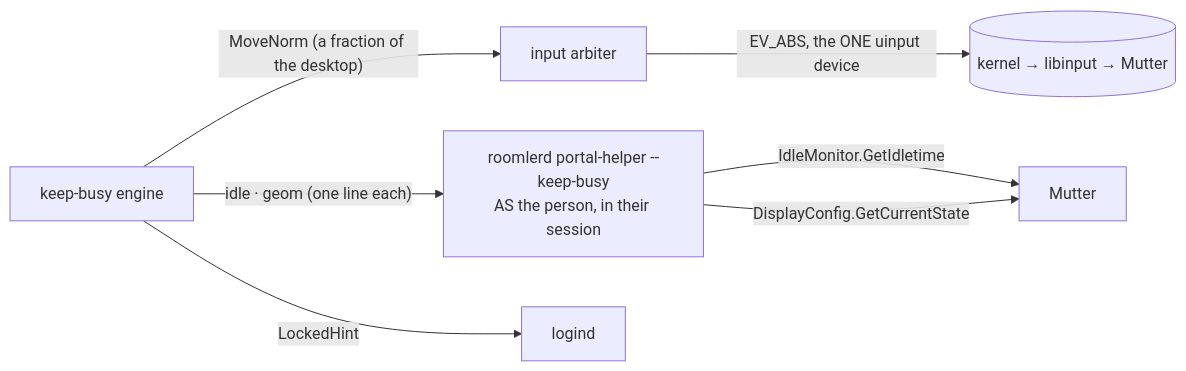
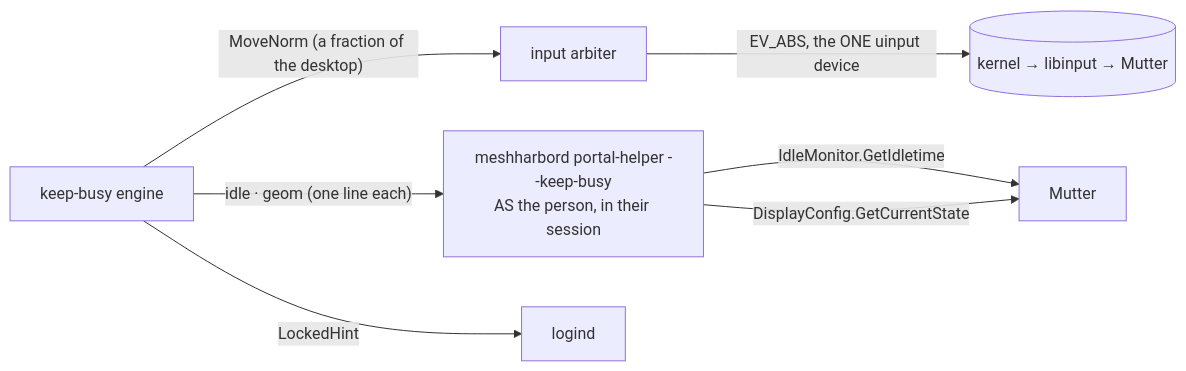
Before and after one commit to jk-zhang-meta/MeshHarbor: the second of 7 diagrams in docs/keep-busy.md, drawn with Mermaid. The commit also changed other lines of this file and 682 other files, not shown here.

````diff
--- a/docs/keep-busy.md
+++ b/docs/keep-busy.md
@@ -147,9 +147,9 @@
 ```mermaid
 flowchart LR
   E[keep-busy engine] -- "MoveNorm (a fraction of the desktop)" --> A[input arbiter]
   A -- "EV_ABS, the ONE uinput device" --> K[(kernel → libinput → Mutter)]
-  E -- "idle · geom (one line each)" --> H["roomlerd portal-helper --keep-busy<br/>AS the person, in their session"]
+  E -- "idle · geom (one line each)" --> H["meshharbord portal-helper --keep-busy<br/>AS the person, in their session"]
   H -- "IdleMonitor.GetIdletime" --> M[Mutter]
   H -- "DisplayConfig.GetCurrentState" --> M
   E -- "LockedHint" --> L[logind]
 ```
````
